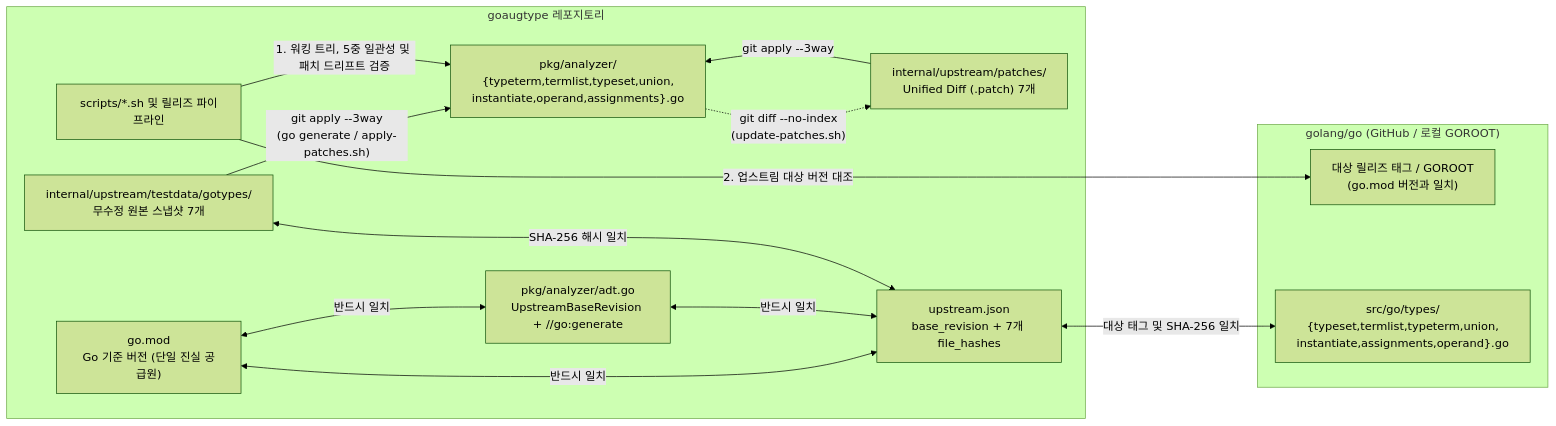
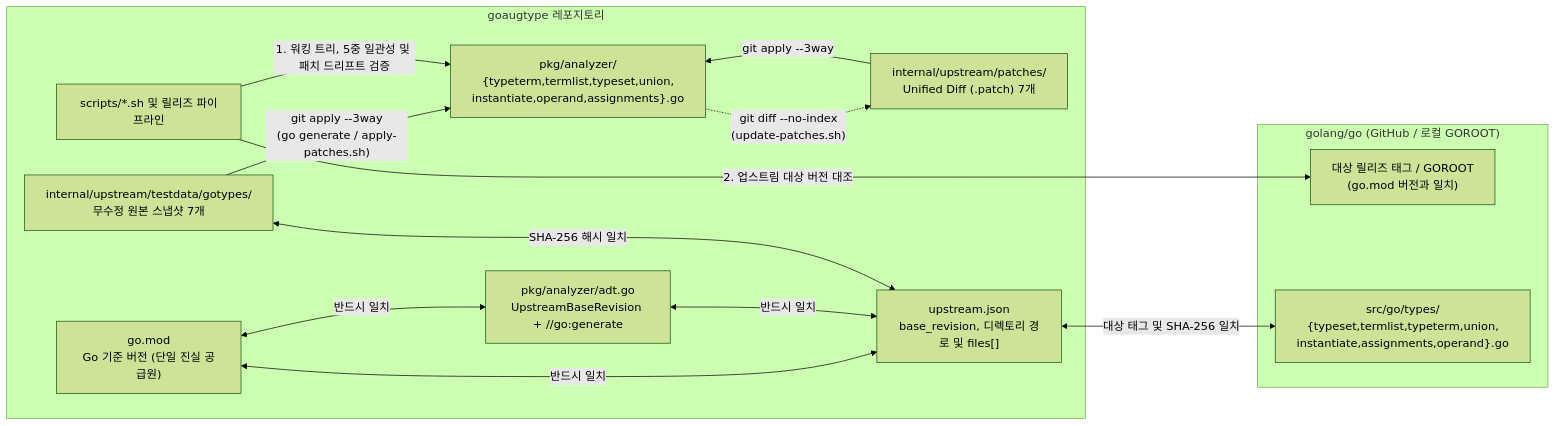
The seventh of 7 diagrams in docs/ARCHITECTURE.ko.md (routis819/goaugtype), drawn with Mermaid (forest theme) before and after one commit. The commit also changed 8 other files, not shown here.

Commit message:
refactor(upstreamchecker): move directory and patch mappings into upstream.json

````diff
--- a/docs/ARCHITECTURE.ko.md
+++ b/docs/ARCHITECTURE.ko.md
@@ -286,28 +286,28 @@
 ```mermaid
 flowchart LR
     subgraph Repo["goaugtype 레포지토리"]
         GoMod["go.mod<br/>Go 기준 버전 (단일 진실 공급원)"]
         AdtConst["pkg/analyzer/adt.go<br/>UpstreamBaseRevision + //go:generate"]
         Snapshots["internal/upstream/testdata/gotypes/<br/>무수정 원본 스냅샷 7개"]
         Patches["internal/upstream/patches/<br/>Unified Diff (.patch) 7개"]
         Ported["pkg/analyzer/<br/>{typeterm,termlist,typeset,union,<br/>instantiate,operand,assignments}.go"]
-        Config["upstream.json<br/>base_revision + 7개 file_hashes"]
+        Config["upstream.json<br/>base_revision, 디렉토리 경로 및 files[]"]
         ReleaseSh["scripts/*.sh 및 릴리즈 파이프라인"]
     end
 
     subgraph Upstream["golang/go (GitHub / 로컬 GOROOT)"]
         Tags["대상 릴리즈 태그 / GOROOT<br/>(go.mod 버전과 일치)"]
         Files["src/go/types/<br/>{typeset,termlist,typeterm,union,<br/>instantiate,assignments,operand}.go"]
     end
 
     Snapshots -->|"git apply --3way<br/>(go generate / apply-patches.sh)"| Ported
     Patches -->|"git apply --3way"| Ported
     Ported -. "git diff --no-index<br/>(update-patches.sh)" .-> Patches
     ReleaseSh -->|"1. 워킹 트리, 5중 일관성 및 패치 드리프트 검증"| Ported
     GoMod <-->|"반드시 일치"| AdtConst
     GoMod <-->|"반드시 일치"| Config
     AdtConst <-->|"반드시 일치"| Config
     Snapshots <-->|"SHA-256 해시 일치"| Config
     Config <-->|"대상 태그 및 SHA-256 일치"| Files
     ReleaseSh -->|"2. 업스트림 대상 버전 대조"| Tags
 ```
````
